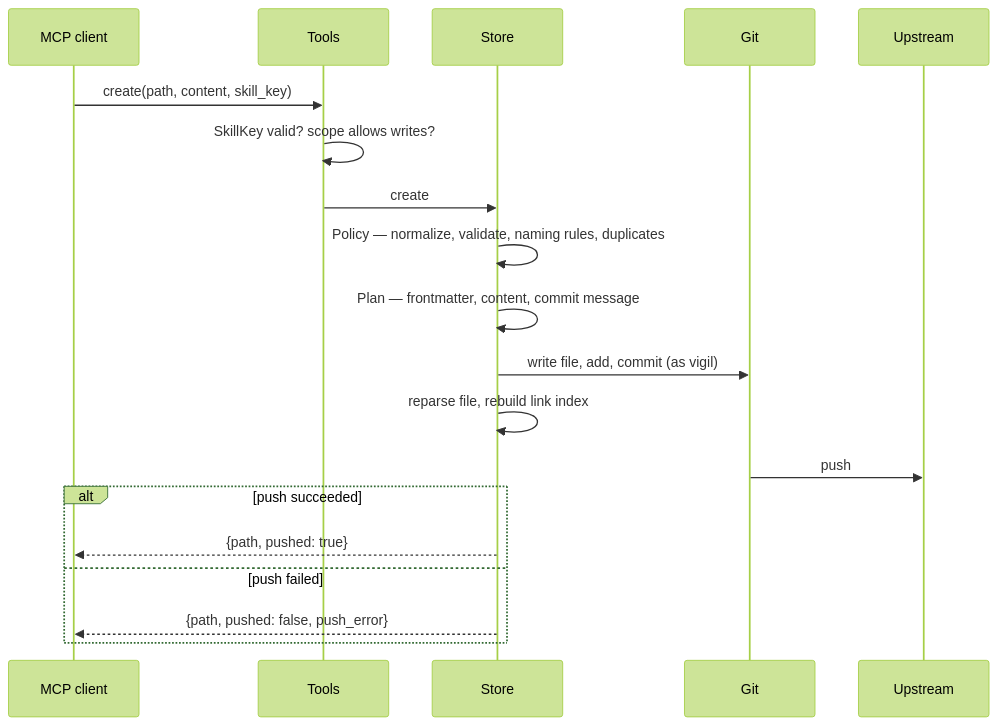
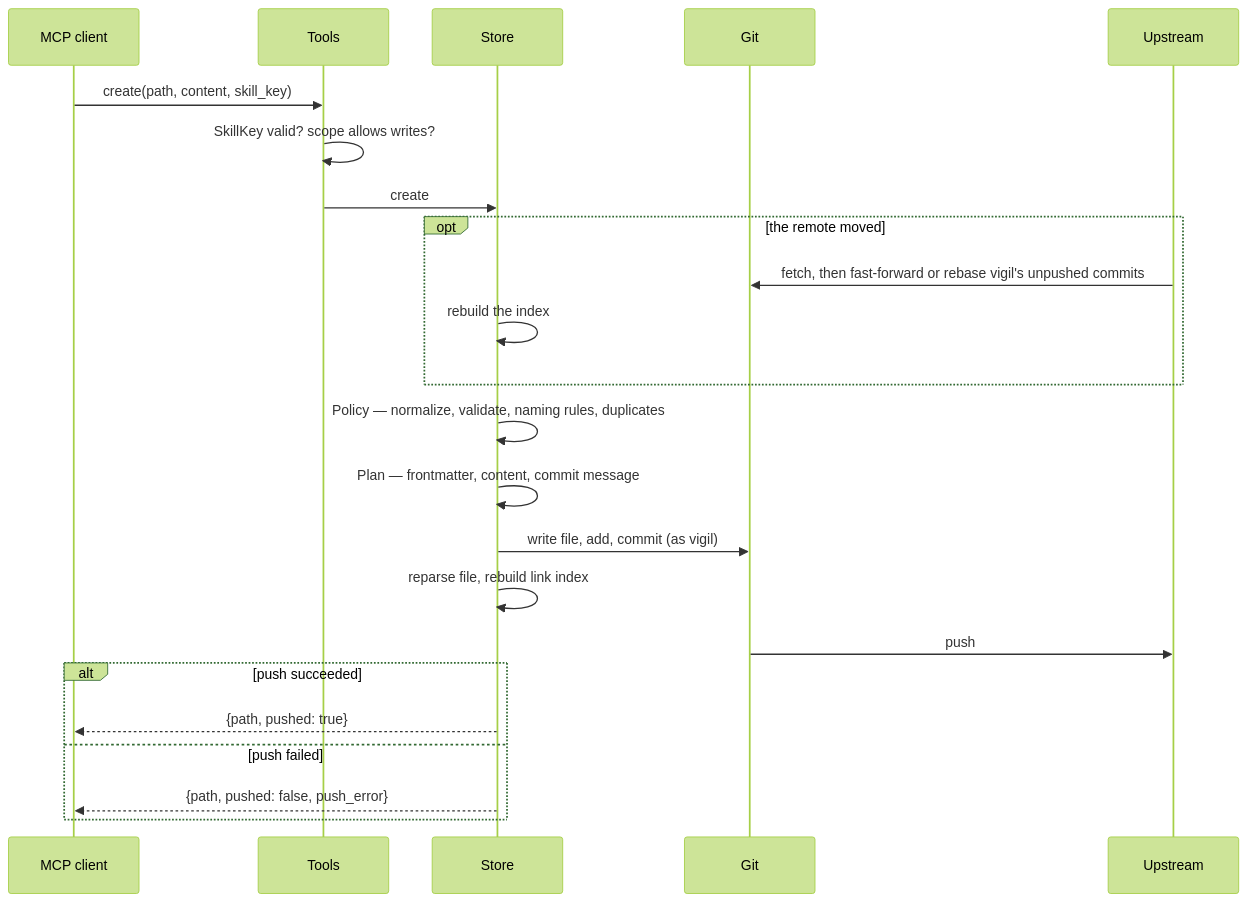
Before and after one commit to 64x-lunicorn/vigil: the third of 6 diagrams in docs/guide.md, drawn with Mermaid (forest theme). The commit also changed other lines of this file and 185 other files, not shown here.

````diff
--- a/docs/guide.md
+++ b/docs/guide.md
@@ -109,22 +126,26 @@
 ```mermaid
 sequenceDiagram
     participant Cl as MCP client
     participant T as Tools
     participant St as Store
     participant Git
     participant Up as Upstream
 
     Cl->>T: create(path, content, skill_key)
     T->>T: SkillKey valid? scope allows writes?
     T->>St: create
+    opt the remote moved
+        Up->>Git: fetch, then fast-forward or rebase vigil's unpushed commits
+        St->>St: rebuild the index
+    end
     St->>St: Policy — normalize, validate, naming rules, duplicates
     St->>St: Plan — frontmatter, content, commit message
     St->>Git: write file, add, commit (as vigil)
     St->>St: reparse file, rebuild link index
     Git->>Up: push
     alt push succeeded
         St-->>Cl: {path, pushed: true}
     else push failed
         St-->>Cl: {path, pushed: false, push_error}
     end
 ```
````
